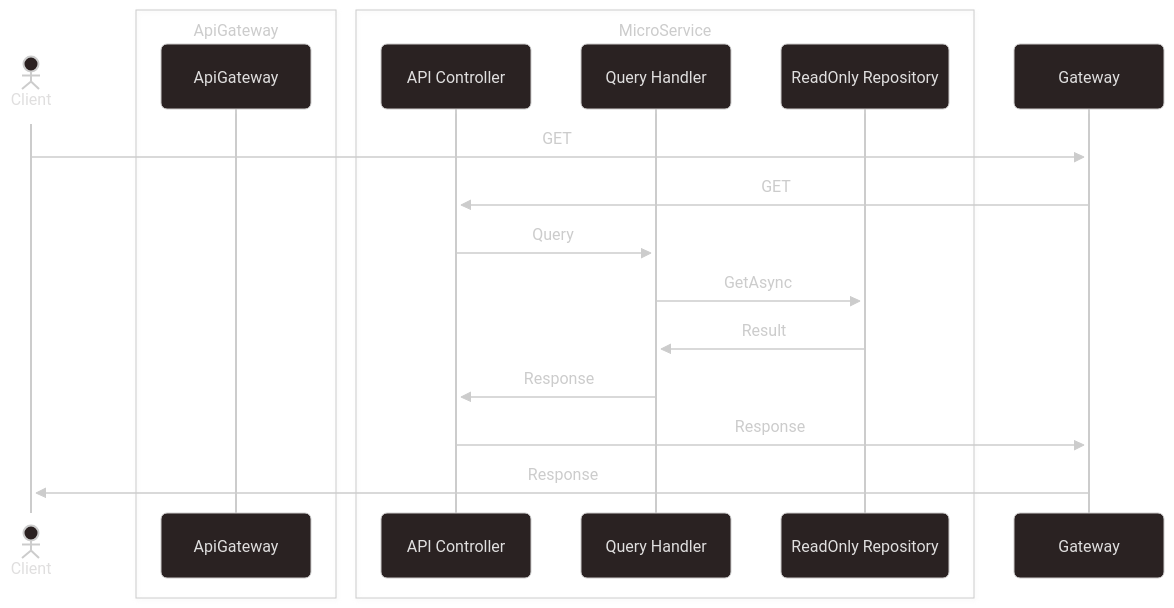
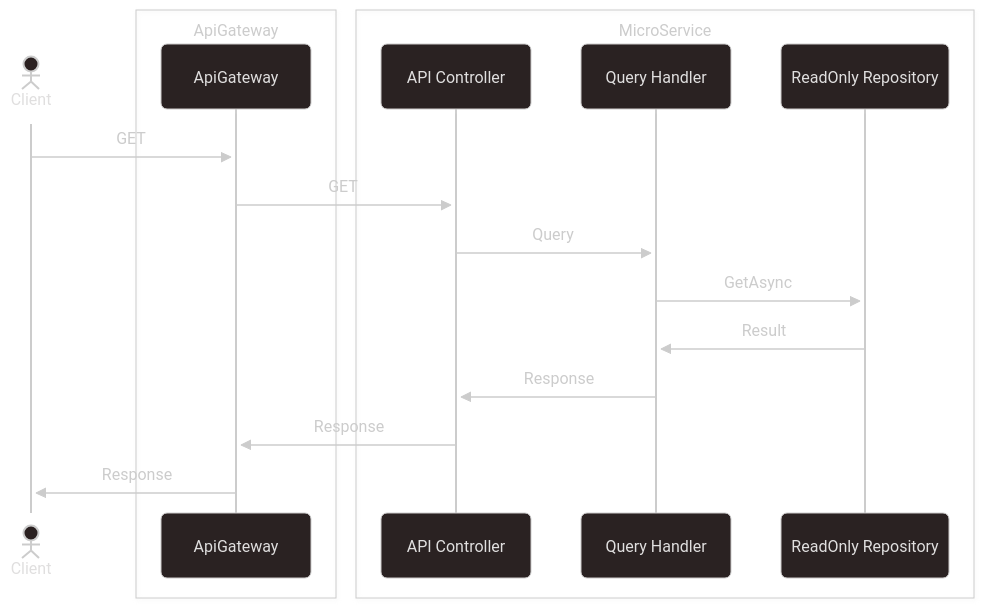
The diagram in src/README.md (bwalocha/Wally.CleanArchitecture), drawn with Mermaid before and after one commit. The commit also changed 18 other files, not shown here.

````diff
--- a/src/README.md
+++ b/src/README.md
@@ -7,25 +7,25 @@
 ```mermaid
 ---
 config:
   theme: neo-dark
   look: neo
 ---
 sequenceDiagram
     actor Client
     box transparent ApiGateway
         participant ApiGateway as ApiGateway
     end
     box transparent MicroService
         participant Controller as API Controller
         participant QueryHandler as Query Handler
         participant ReadOnlyRepository as ReadOnly Repository
     end
-    Client->>Gateway: GET
-    Gateway->>Controller: GET
+    Client->>ApiGateway: GET
+    ApiGateway->>Controller: GET
     Controller->>QueryHandler: Query
     QueryHandler->>ReadOnlyRepository: GetAsync
     ReadOnlyRepository->>QueryHandler: Result
     QueryHandler->>Controller: Response
-    Controller->>Gateway: Response
-    Gateway->>Client: Response
+    Controller->>ApiGateway: Response
+    ApiGateway->>Client: Response
 ```
````
